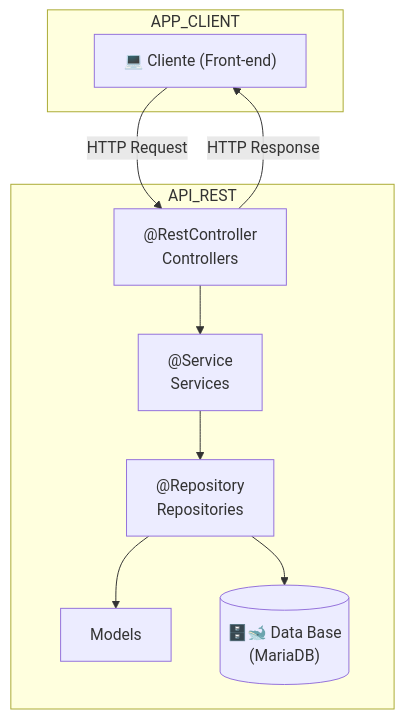
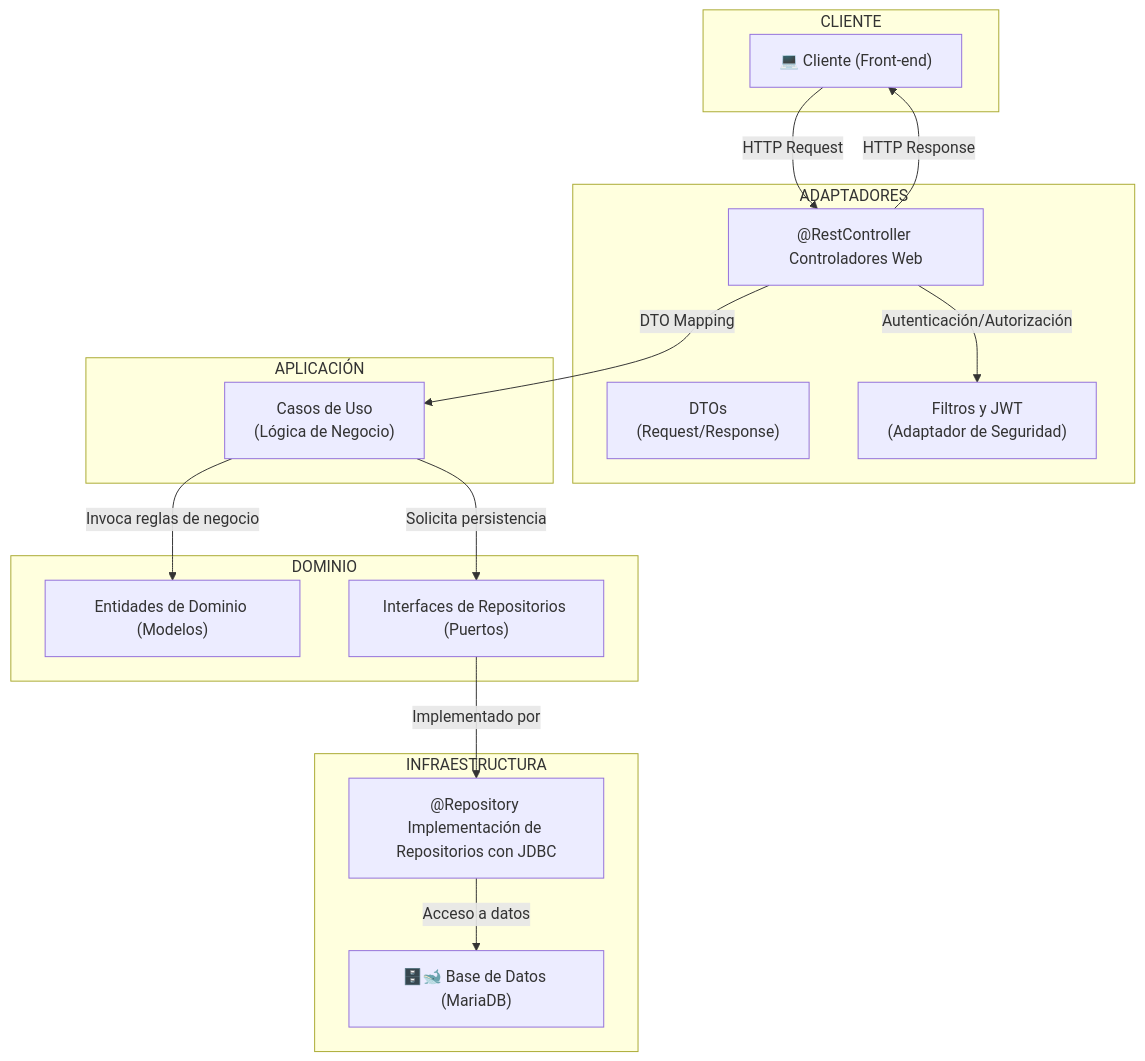
The second of 4 diagrams in README.md (asobrados03/HotelManagementAPI), drawn with Mermaid before and after one commit.

````diff
--- a/README.md
+++ b/README.md
@@ -64,25 +64,39 @@
 ```mermaid
 graph TD;
-    subgraph APP_CLIENT
-        Client["💻 Cliente (Front-end)"]
-    end
+  subgraph CLIENTE
+    Client["💻 Cliente (Front-end)"]
+  end
 
-    subgraph API_REST
-        Controller["@RestController
-        Controllers"]
-        Service["@Service
-        Services"]
-        Repository["@Repository
-        Repositories"]
-        Model["Models"]
-        DB[("🗄️🐋 Data Base 
-        (MariaDB)")]
-    end
+  subgraph ADAPTADORES
+    Controller["@RestController Controladores Web"]
+    DTOs["DTOs 
+    (Request/Response)"]
+    Security["Filtros y JWT 
+    (Adaptador de Seguridad)"]
+  end
 
-    Client -- "HTTP Request" --> Controller
-    Controller --> Service
-    Service --> Repository
-    Repository --> Model
-    Repository --> DB
-    Controller -- "HTTP Response" --> Client
+  subgraph APLICACIÓN
+    UseCase["Casos de Uso 
+    (Lógica de Negocio)"]
+  end
+
+  subgraph DOMINIO
+    Entities["Entidades de Dominio (Modelos)"]
+    Ports["Interfaces de Repositorios (Puertos)"]
+  end
+
+  subgraph INFRAESTRUCTURA
+    RepoImpl["@Repository Implementación de Repositorios con JDBC"]
+    DB["🗄️🐋 Base de Datos (MariaDB)"]
+  end
+
+  Client -- "HTTP Request" --> Controller
+  Controller -- "DTO Mapping" --> UseCase
+  UseCase -- "Invoca reglas de negocio" --> Entities
+  UseCase -- "Solicita persistencia" --> Ports
+  Ports -- "Implementado por" --> RepoImpl
+  RepoImpl -- "Acceso a datos" --> DB
+  Controller -- "HTTP Response" --> Client
+  %% Opcional: Integración de seguridad
+  Controller -- "Autenticación/Autorización" --> Security
 ```
````
